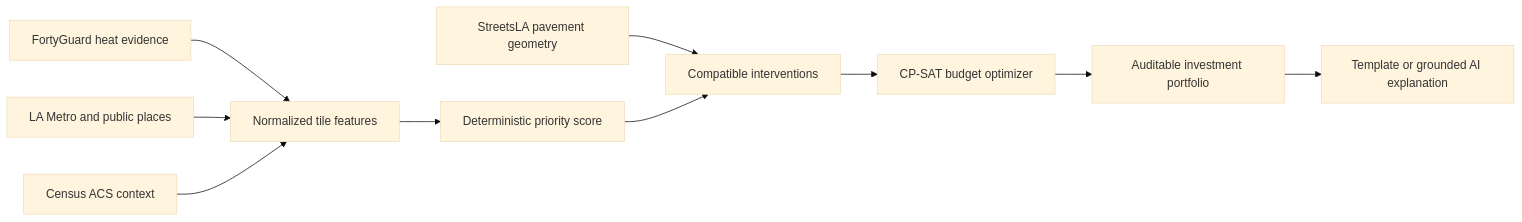
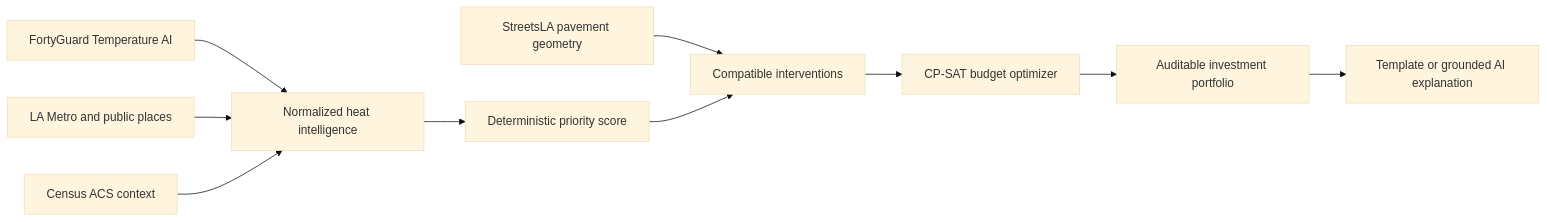
One commit to tarekamr737/COOLSPOT-AI changed the diagram in README.md. Above: the diagram before and after it, drawn with Mermaid (base theme). The commit also changed other lines of this file and 1 other file, not shown here.

````diff
--- a/README.md
+++ b/README.md
@@ -45,12 +62,12 @@
 ```mermaid
 flowchart LR
-    A[FortyGuard heat evidence] --> D[Normalized tile features]
+    A[FortyGuard Temperature AI] --> D[Normalized heat intelligence]
     B[LA Metro and public places] --> D
     C[Census ACS context] --> D
     P[StreetsLA pavement geometry] --> F
     D --> E[Deterministic priority score]
     E --> F[Compatible interventions]
     F --> G[CP-SAT budget optimizer]
     G --> H[Auditable investment portfolio]
     H --> I[Template or grounded AI explanation]
 ```
````
